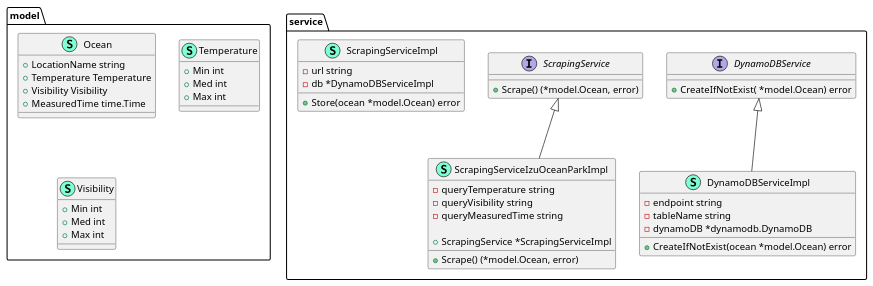
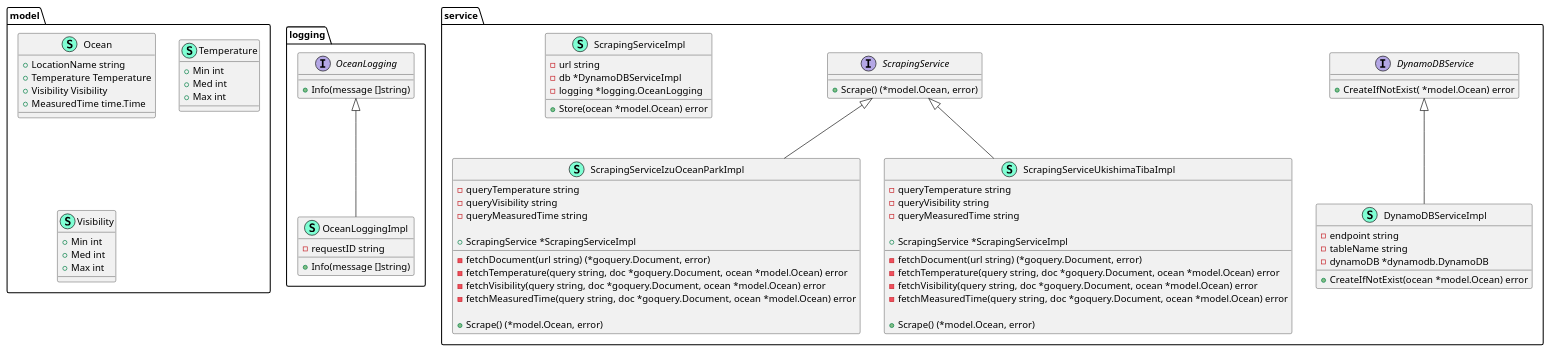
Before and after one commit to t29mato/divers-ocean-map: the diagram in docs/class.puml, drawn with PlantUML. The commit also changed 10 other files, not shown here.

```diff
--- a/docs/class.puml
+++ b/docs/class.puml
@@ -1,64 +1,101 @@
 @startuml
+namespace logging {
+    interface OceanLogging  {
+        + Info(message []string) 
+
+    }
+    class OceanLoggingImpl << (S,Aquamarine) >> {
+        - requestID string
+
+        + Info(message []string) 
+
+    }
+}
+
+"logging.OceanLogging" <|-- "logging.OceanLoggingImpl"
+
 namespace model {
     class Ocean << (S,Aquamarine) >> {
         + LocationName string
         + Temperature Temperature
         + Visibility Visibility
         + MeasuredTime time.Time
 
     }
     class Temperature << (S,Aquamarine) >> {
         + Min int
         + Med int
         + Max int
 
     }
     class Visibility << (S,Aquamarine) >> {
         + Min int
         + Med int
         + Max int
 
     }
 }
 
 
 namespace service {
     interface DynamoDBService  {
         + CreateIfNotExist( *model.Ocean) error
 
     }
     class DynamoDBServiceImpl << (S,Aquamarine) >> {
         - endpoint string
         - tableName string
         - dynamoDB *dynamodb.DynamoDB
 
         + CreateIfNotExist(ocean *model.Ocean) error
 
     }
     interface ScrapingService  {
         + Scrape() (*model.Ocean, error)
 
     }
     class ScrapingServiceImpl << (S,Aquamarine) >> {
         - url string
         - db *DynamoDBServiceImpl
+        - logging *logging.OceanLogging
 
         + Store(ocean *model.Ocean) error
 
     }
     class ScrapingServiceIzuOceanParkImpl << (S,Aquamarine) >> {
         - queryTemperature string
         - queryVisibility string
         - queryMeasuredTime string
 
         + ScrapingService *ScrapingServiceImpl
 
+        - fetchDocument(url string) (*goquery.Document, error)
+        - fetchTemperature(query string, doc *goquery.Document, ocean *model.Ocean) error
+        - fetchVisibility(query string, doc *goquery.Document, ocean *model.Ocean) error
+        - fetchMeasuredTime(query string, doc *goquery.Document, ocean *model.Ocean) error
+
+        + Scrape() (*model.Ocean, error)
+
+    }
+    class ScrapingServiceUkishimaTibaImpl << (S,Aquamarine) >> {
+        - queryTemperature string
+        - queryVisibility string
+        - queryMeasuredTime string
+
+        + ScrapingService *ScrapingServiceImpl
+
+        - fetchDocument(url string) (*goquery.Document, error)
+        - fetchTemperature(query string, doc *goquery.Document, ocean *model.Ocean) error
+        - fetchVisibility(query string, doc *goquery.Document, ocean *model.Ocean) error
+        - fetchMeasuredTime(query string, doc *goquery.Document, ocean *model.Ocean) error
+
         + Scrape() (*model.Ocean, error)
 
     }
 }
 
 "service.DynamoDBService" <|-- "service.DynamoDBServiceImpl"
 "service.ScrapingService" <|-- "service.ScrapingServiceIzuOceanParkImpl"
+"service.ScrapingService" <|-- "service.ScrapingServiceUkishimaTibaImpl"
 
 @enduml
```
